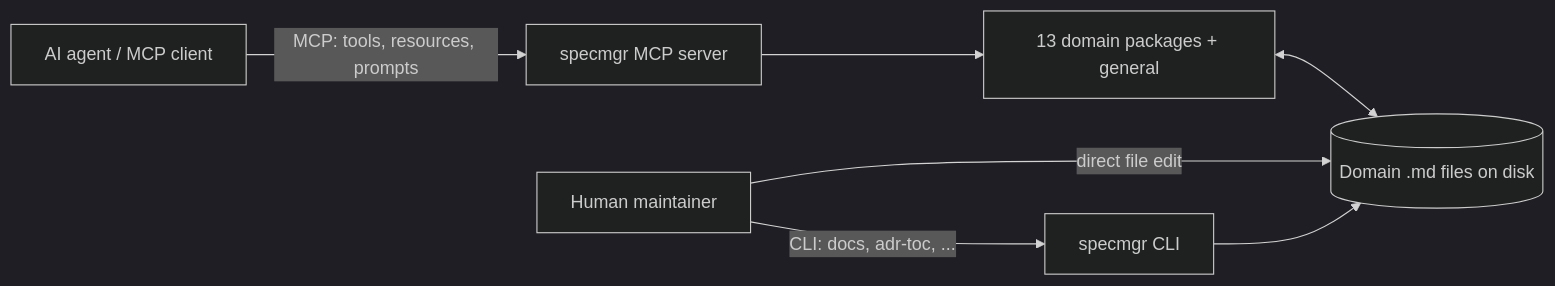
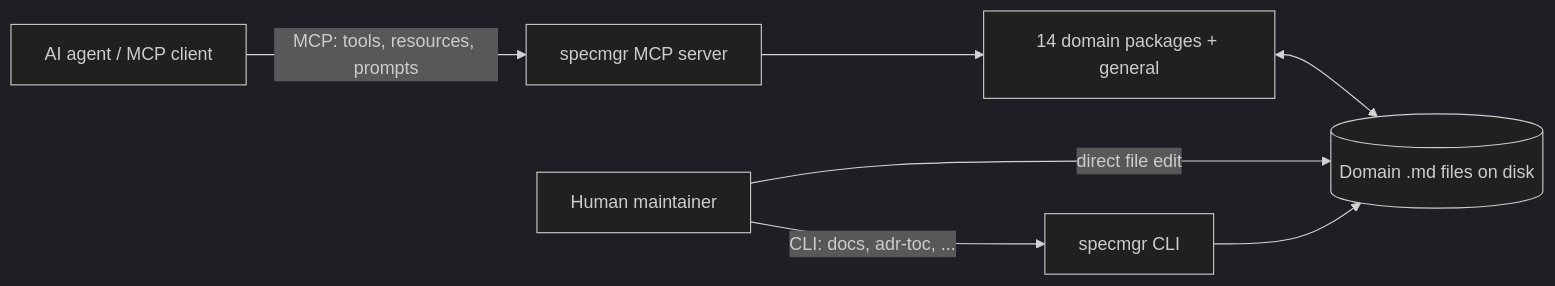
Before and after one commit to dfch/biz.dfch.SpecMgr: the diagram in docs/sysrs/sysrs-8d752304-b076-4bad-89af-f8032158dd21-system-requirements-specification-biz-dfch-specmgr.md, drawn with Mermaid (dark theme). The commit also changed other lines of this file and 26 other files, not shown here.

````diff
--- a/docs/sysrs/sysrs-8d752304-b076-4bad-89af-f8032158dd21-system-requirements-specification-biz-dfch-specmgr.md
+++ b/docs/sysrs/sysrs-8d752304-b076-4bad-89af-f8032158dd21-system-requirements-specification-biz-dfch-specmgr.md
@@ -91,9 +91,9 @@
 ```mermaid
 flowchart LR
   AGENT[AI agent / MCP client] -->|MCP: tools, resources, prompts| SERVER[specmgr MCP server]
   HUMAN[Human maintainer] -->|direct file edit| FS[(Domain .md files on disk)]
   HUMAN -->|CLI: docs, adr-toc, ...| CLI[specmgr CLI]
-  SERVER --> DOMAINS[13 domain packages + general]
+  SERVER --> DOMAINS[14 domain packages + general]
   DOMAINS <--> FS
   CLI --> FS
 ```
````
